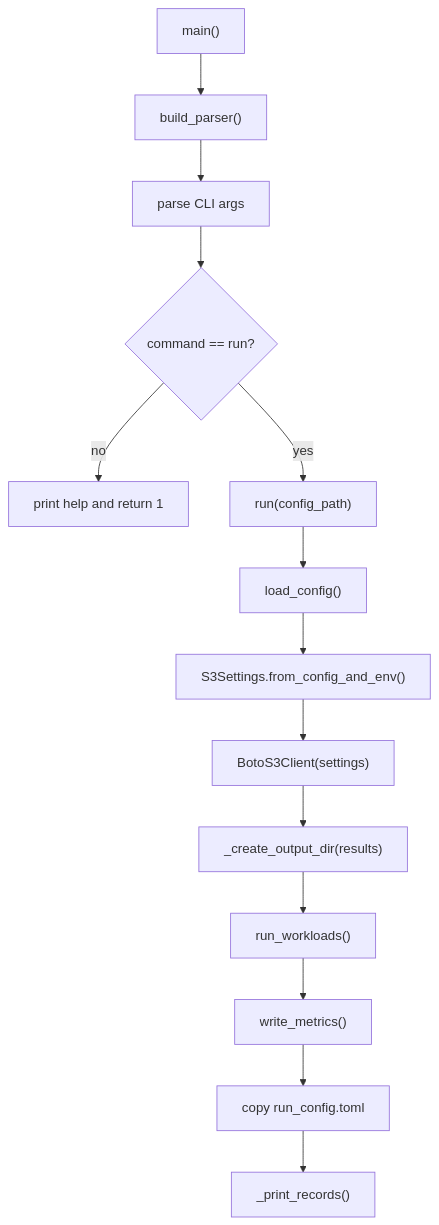
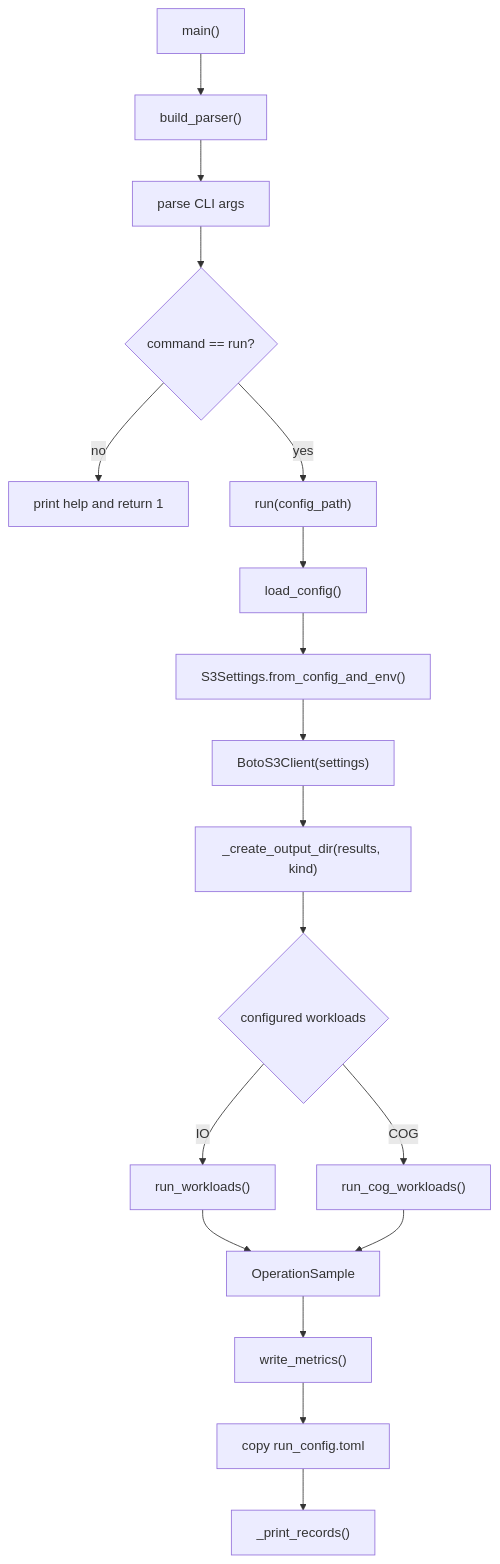
The second of 4 diagrams in README-UPDATE.md (vsszhang/decentrolized-storage-system-benchmark), drawn with Mermaid before and after one commit. The commit also changed other lines of this file and 1 other file, not shown here.

Commit message:
feat: update cog gdal description

````diff
--- a/README-UPDATE.md
+++ b/README-UPDATE.md
@@ -359,16 +416,20 @@
 ```mermaid
 flowchart TD
     A["main()"] --> B["build_parser()"]
     B --> C["parse CLI args"]
     C --> D{"command == run?"}
     D -- "no" --> E["print help and return 1"]
     D -- "yes" --> F["run(config_path)"]
     F --> G["load_config()"]
     G --> H["S3Settings.from_config_and_env()"]
     H --> I["BotoS3Client(settings)"]
-    I --> J["_create_output_dir(results)"]
-    J --> K["run_workloads()"]
-    K --> L["write_metrics()"]
-    L --> M["copy run_config.toml"]
+    I --> J["_create_output_dir(results, kind)"]
+    J --> K{"configured workloads"}
+    K -- "IO" --> L["run_workloads()"]
+    K -- "COG" --> O["run_cog_workloads()"]
+    L --> P["OperationSample"]
+    O --> P
+    P --> Q["write_metrics()"]
+    Q --> M["copy run_config.toml"]
     M --> N["_print_records()"]
 ```
````
